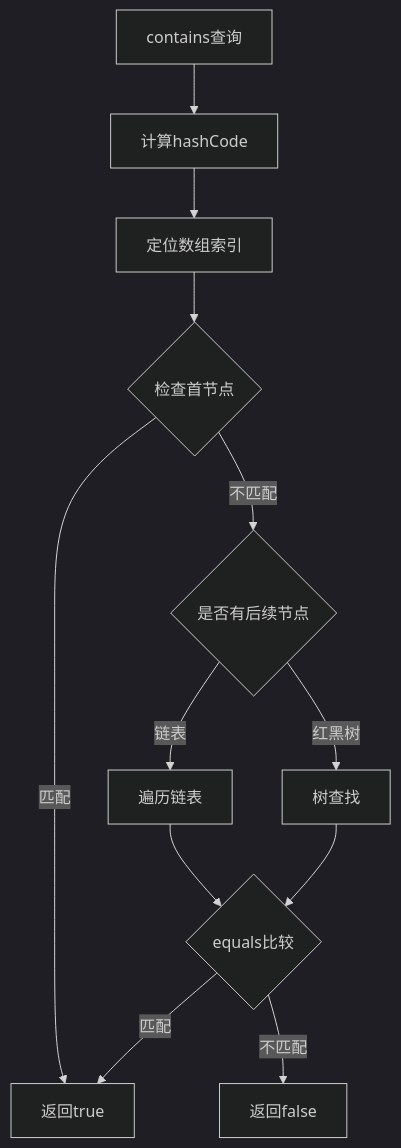
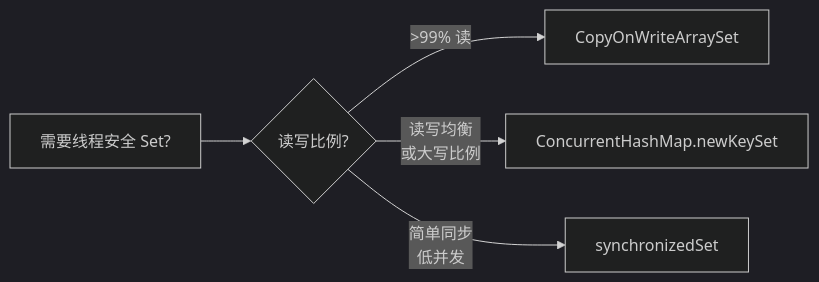
Before and after one commit to chongyang211/YCBookBlog: the second of 2 diagrams in 00.通用技术的提升/08.数据结构算法/15.工业级Set设计思想.md, drawn with Mermaid (dark theme). The commit also changed other lines of this file and 194 other files, not shown here.

````diff
--- a/00.通用技术的提升/08.数据结构算法/15.工业级Set设计思想.md
+++ b/00.通用技术的提升/08.数据结构算法/15.工业级Set设计思想.md
@@ -645,14 +298,7 @@
 ```mermaid
-graph TD
-    A[contains查询] --> B[计算hashCode]
-    B --> C[定位数组索引]
-    C --> D{检查首节点}
-    D -->|匹配| E[返回true]
-    D -->|不匹配| F{是否有后续节点}
-    F -->|链表| G[遍历链表]
-    F -->|红黑树| H[树查找]
-    G --> I{equals比较}
-    H --> I
-    I -->|匹配| E
-    I -->|不匹配| J[返回false]
+flowchart LR
+    A[需要线程安全 Set?] --> B{读写比例?}
+    B -->|>99% 读| C[CopyOnWriteArraySet]
+    B -->|读写均衡<br/>或大写比例| D[ConcurrentHashMap.newKeySet]
+    B -->|简单同步<br/>低并发| E[synchronizedSet]
 ```
````
